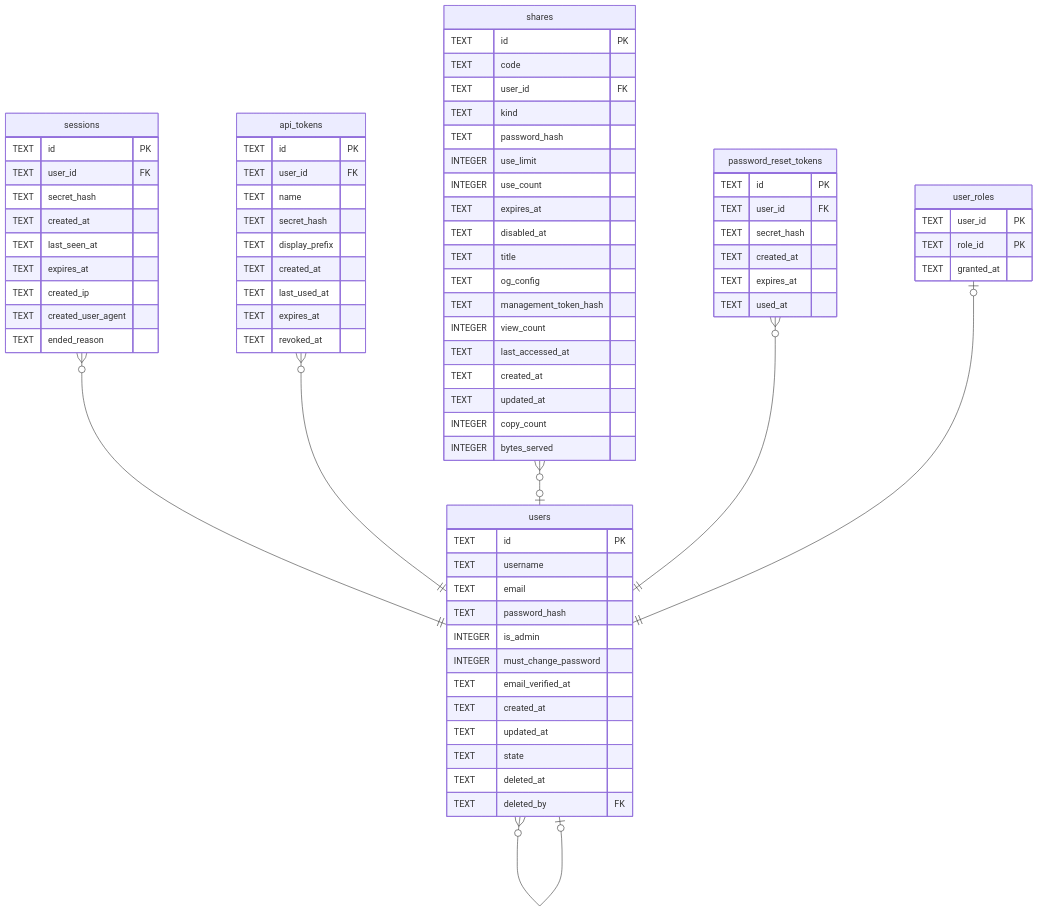
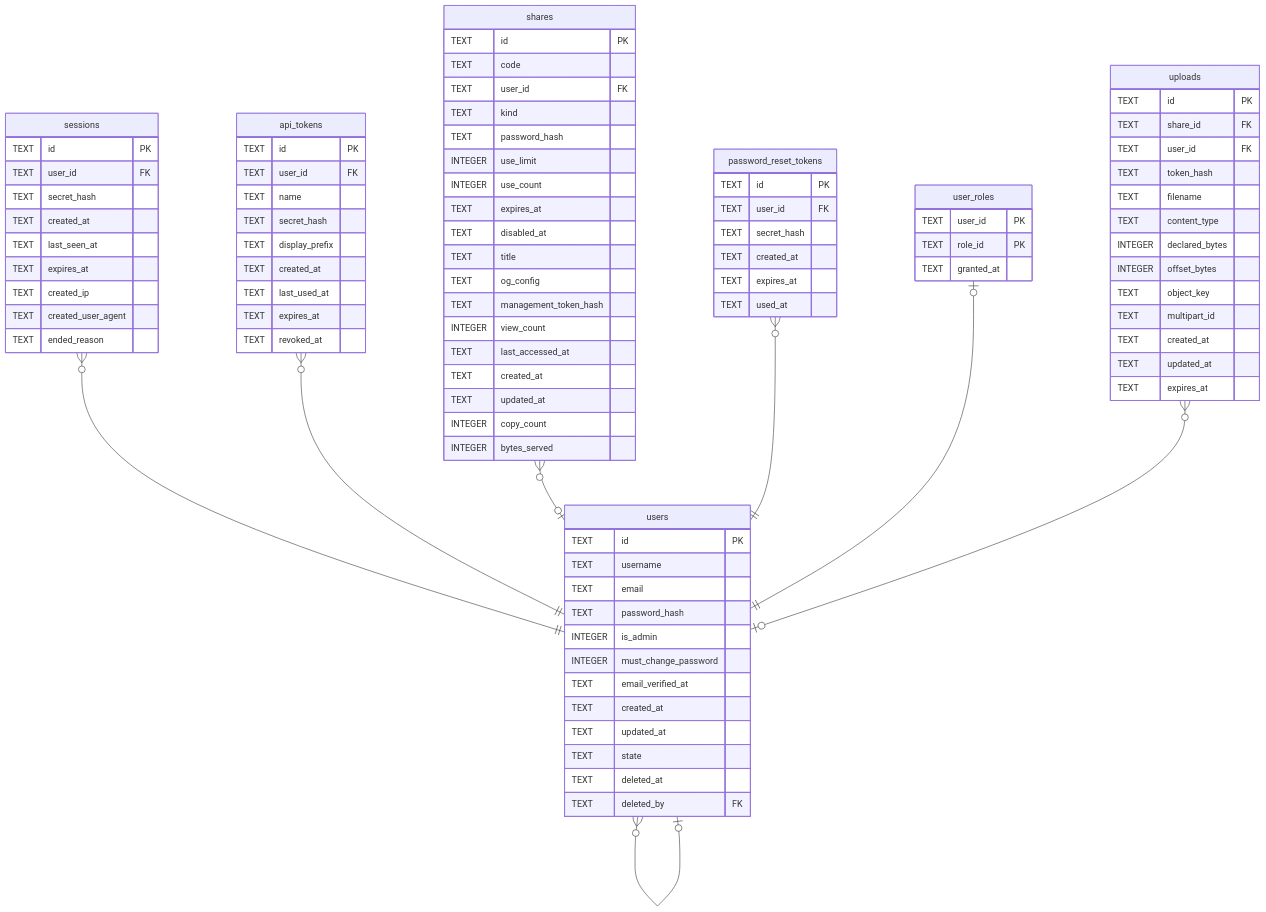
One commit to Limatura/tessera changed the diagram in docs/schema/users.md. Above: the diagram before and after it, drawn with Mermaid. The commit also changed other lines of this file and 5 other files, not shown here.

Commit message:
docs(schema): 重產,uploads 和 upload_parts 進去

````diff
--- a/docs/schema/users.md
+++ b/docs/schema/users.md
@@ -75,6 +75,7 @@
 "shares" }o--o| "users" : ""
 "password_reset_tokens" }o--|| "users" : ""
 "user_roles" |o--|| "users" : ""
+"uploads" }o--o| "users" : ""
 
 "users" {
   TEXT id PK
@@ -145,4 +146,19 @@
   TEXT role_id PK
   TEXT granted_at
 }
+"uploads" {
+  TEXT id PK
+  TEXT share_id FK
+  TEXT user_id FK
+  TEXT token_hash
+  TEXT filename
+  TEXT content_type
+  INTEGER declared_bytes
+  INTEGER offset_bytes
+  TEXT object_key
+  TEXT multipart_id
+  TEXT created_at
+  TEXT updated_at
+  TEXT expires_at
+}
 ```
````
